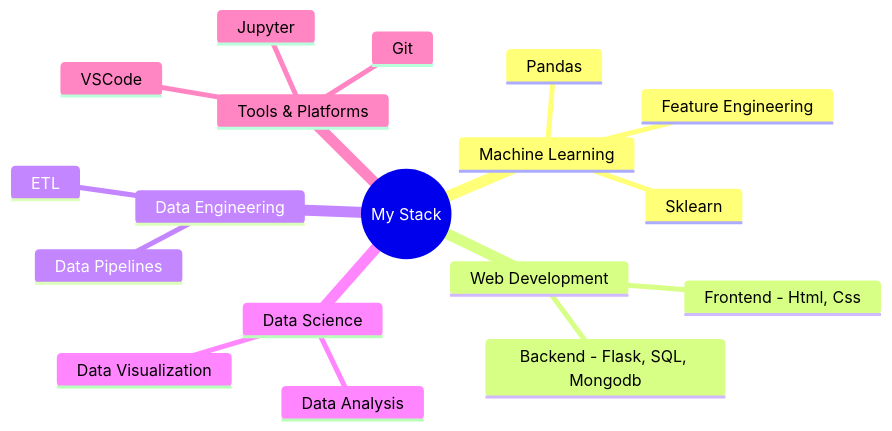
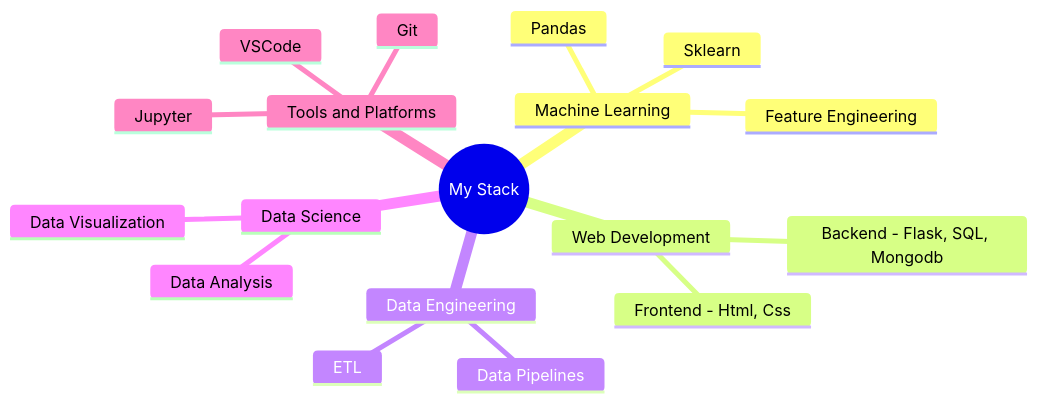
One commit to VedantKale106/VedantKale106 changed the diagram in README.md. Above: the diagram before and after it, drawn with Mermaid.

````diff
--- a/README.md
+++ b/README.md
@@ -63,21 +63,21 @@
 ```mermaid
 mindmap
   root((My Stack))
     Machine Learning
       Feature Engineering
       Pandas
       Sklearn
     Web Development
       Frontend - Html, Css
       Backend - Flask, SQL, Mongodb
     Data Engineering
       Data Pipelines
       ETL
     Data Science
       Data Analysis
       Data Visualization
-    Tools & Platforms
+    Tools and Platforms
       Git
       Jupyter
       VSCode
 ```
````
